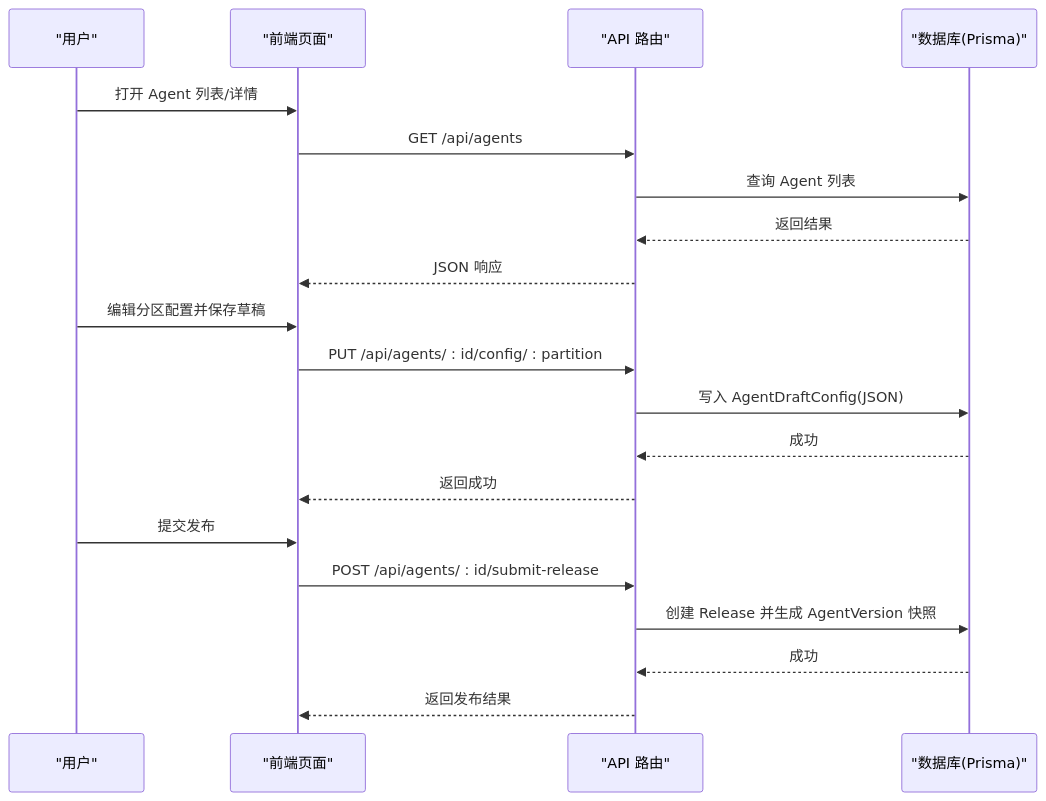
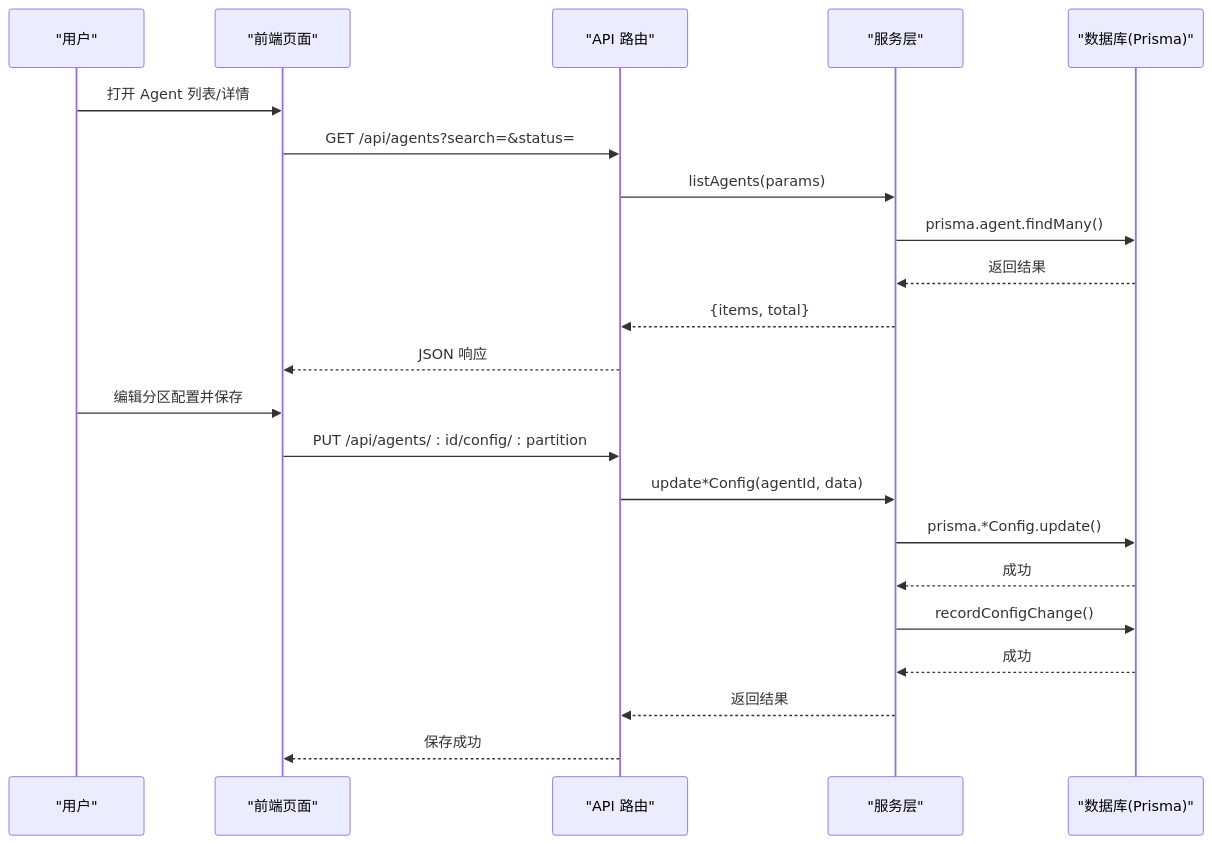
The second of 6 diagrams in .qoder/repowiki/zh/content/功能模块/Agent 管理.md (ai-guru-global/agent-up), drawn with Mermaid before and after one commit. The commit also changed other lines of this file and 57 other files, not shown here.

````diff
--- a/.qoder/repowiki/zh/content/功能模块/Agent 管理.md
+++ b/.qoder/repowiki/zh/content/功能模块/Agent 管理.md
@@ -94,22 +129,24 @@
 ```mermaid
 sequenceDiagram
 participant U as "用户"
 participant FE as "前端页面"
 participant API as "API 路由"
+participant SVC as "服务层"
 participant DB as "数据库(Prisma)"
 U->>FE : 打开 Agent 列表/详情
-FE->>API : GET /api/agents
-API->>DB : 查询 Agent 列表
-DB-->>API : 返回结果
+FE->>API : GET /api/agents?search=&status=
+API->>SVC : listAgents(params)
+SVC->>DB : prisma.agent.findMany()
+DB-->>SVC : 返回结果
+SVC-->>API : {items, total}
 API-->>FE : JSON 响应
-U->>FE : 编辑分区配置并保存草稿
+U->>FE : 编辑分区配置并保存
 FE->>API : PUT /api/agents/ : id/config/ : partition
-API->>DB : 写入 AgentDraftConfig(JSON)
-DB-->>API : 成功
-API-->>FE : 返回成功
-U->>FE : 提交发布
-FE->>API : POST /api/agents/ : id/submit-release
-API->>DB : 创建 Release 并生成 AgentVersion 快照
-DB-->>API : 成功
-API-->>FE : 返回发布结果
+API->>SVC : update*Config(agentId, data)
+SVC->>DB : prisma.*Config.update()
+DB-->>SVC : 成功
+SVC->>DB : recordConfigChange()
+DB-->>SVC : 成功
+SVC-->>API : 返回结果
+API-->>FE : 保存成功
 ```
````
